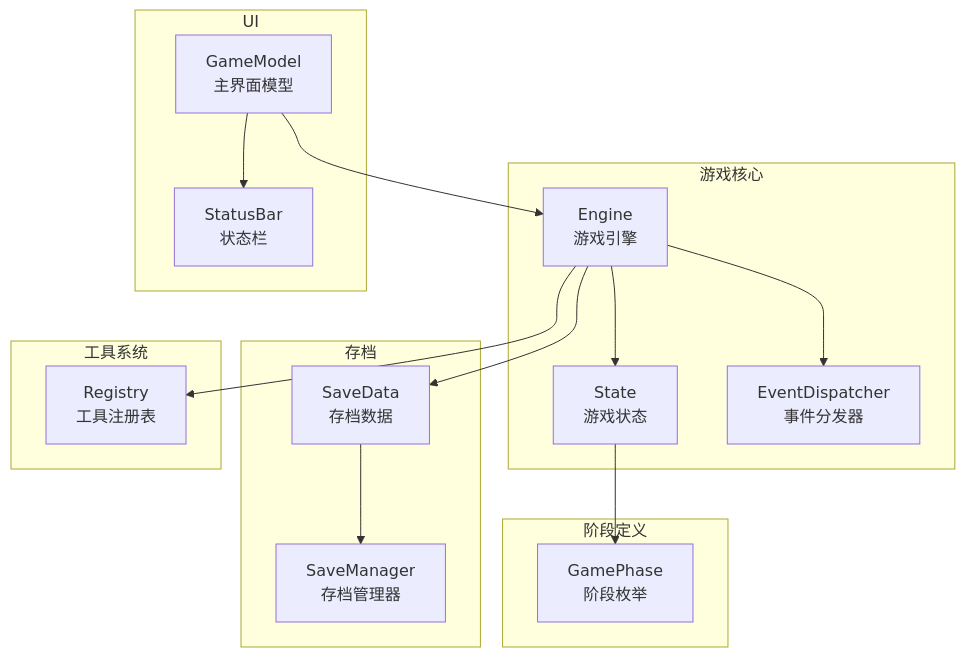
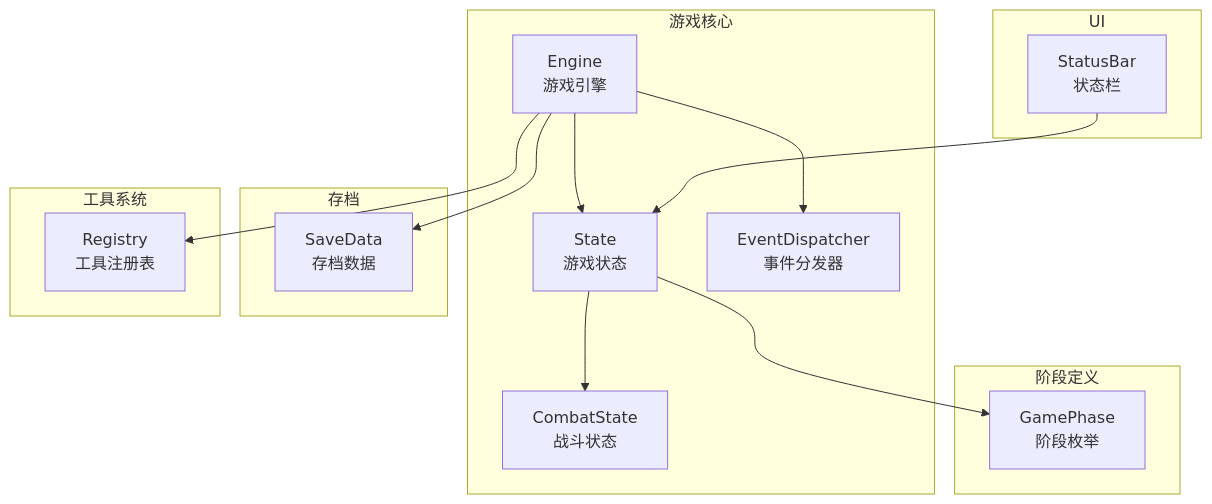
One commit to zwh8800/cdnd changed the first of 7 diagrams in .qoder/repowiki/zh/content/游戏引擎架构/游戏阶段管理.md. Above: the diagram before and after it, drawn with Mermaid. The commit also changed other lines of this file and 102 other files, not shown here.

````diff
--- a/.qoder/repowiki/zh/content/游戏引擎架构/游戏阶段管理.md
+++ b/.qoder/repowiki/zh/content/游戏引擎架构/游戏阶段管理.md
@@ -40,30 +42,28 @@
 ```mermaid
 graph TB
 subgraph "游戏核心"
 S["State<br/>游戏状态"]
 E["Engine<br/>游戏引擎"]
 EV["EventDispatcher<br/>事件分发器"]
+CS["CombatState<br/>战斗状态"]
 end
 subgraph "阶段定义"
 GP["GamePhase<br/>阶段枚举"]
 end
 subgraph "存档"
 SD["SaveData<br/>存档数据"]
-SM["SaveManager<br/>存档管理器"]
 end
 subgraph "工具系统"
 REG["Registry<br/>工具注册表"]
 end
 subgraph "UI"
 SB["StatusBar<br/>状态栏"]
-GM["GameModel<br/>主界面模型"]
 end
 E --> S
 E --> EV
 S --> GP
+S --> CS
 E --> SD
-SD --> SM
 E --> REG
-GM --> SB
-GM --> E
+SB --> S
 ```
````
